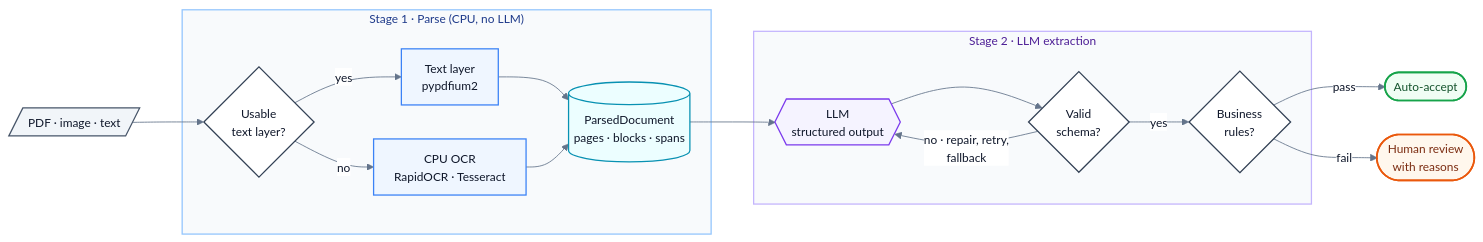
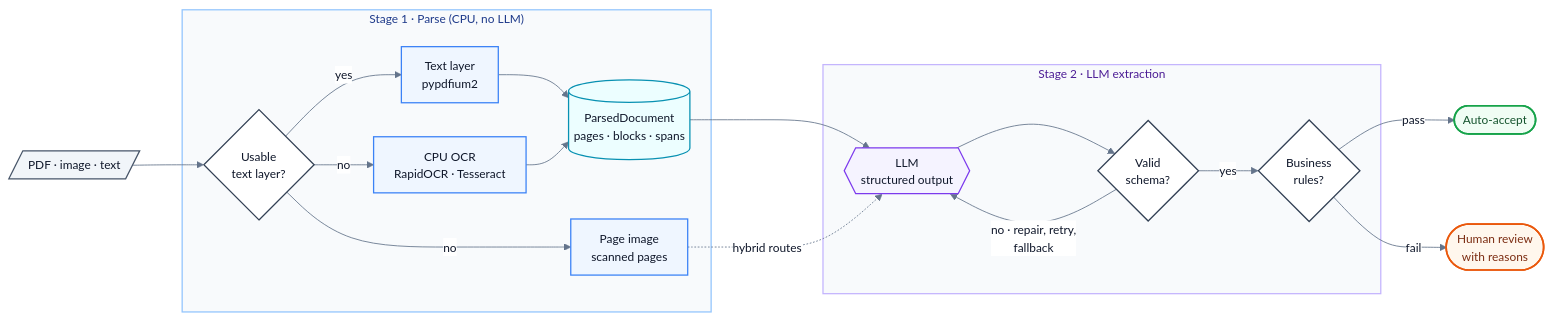
The diagram in README.md (gcfialho/docfunnel), drawn with Mermaid before and after one commit. The commit also changed other lines of this file and 7 other files, not shown here.

````diff
--- a/README.md
+++ b/README.md
@@ -93,63 +110,66 @@
 ```mermaid
 ---
 config:
   theme: base
   themeVariables:
     fontSize: 14px
     primaryColor: "#ffffff"
     primaryBorderColor: "#94a3b8"
     primaryTextColor: "#0f172a"
     lineColor: "#64748b"
     clusterBkg: "#f8fafc"
     clusterBorder: "#cbd5e1"
     titleColor: "#0f172a"
     edgeLabelBackground: "#ffffff"
   flowchart:
     curve: basis
     nodeSpacing: 40
     rankSpacing: 50
     padding: 12
 ---
 flowchart LR
     IN[/"PDF · image · text"/]
 
     subgraph S1["Stage 1 · Parse (CPU, no LLM)"]
         ROUTE{"Usable<br/>text layer?"}
         TEXT["Text layer<br/>pypdfium2"]
         OCR["CPU OCR<br/>RapidOCR · Tesseract"]
         DOC[("ParsedDocument<br/>pages · blocks · spans")]
+        IMG["Page image<br/>scanned pages"]
         ROUTE -->|yes| TEXT --> DOC
         ROUTE -->|no| OCR --> DOC
+        ROUTE -->|no| IMG
     end
 
     subgraph S2["Stage 2 · LLM extraction"]
         LLM{{"LLM<br/>structured output"}}
         SCHEMA{"Valid<br/>schema?"}
         RULES{"Business<br/>rules?"}
         LLM --> SCHEMA
         SCHEMA -->|"no · repair, retry,<br/>fallback"| LLM
         SCHEMA -->|yes| RULES
     end
 
     IN --> ROUTE
     DOC --> LLM
+    IMG -.->|"hybrid routes"| LLM
     RULES -->|pass| ACCEPT(["Auto-accept"])
     RULES -->|fail| REVIEW(["Human review<br/>with reasons"])
 
     classDef io fill:#f1f5f9,stroke:#475569,stroke-width:1.5px,color:#0f172a
     classDef parse fill:#eff6ff,stroke:#3b82f6,stroke-width:1.5px,color:#0f172a
     classDef llm fill:#f5f3ff,stroke:#7c3aed,stroke-width:1.5px,color:#0f172a
     classDef decision fill:#ffffff,stroke:#334155,stroke-width:1.5px,color:#0f172a
     classDef data fill:#ecfeff,stroke:#0891b2,stroke-width:1.5px,color:#0f172a
     classDef ok fill:#f0fdf4,stroke:#16a34a,stroke-width:2px,color:#14532d
     classDef warn fill:#fff7ed,stroke:#ea580c,stroke-width:2px,color:#7c2d12
     style S1 fill:#f8fafc,stroke:#93c5fd,stroke-width:1.5px,color:#1e3a8a
     style S2 fill:#f8fafc,stroke:#c4b5fd,stroke-width:1.5px,color:#4c1d95
     class IN io
-    class TEXT,OCR parse
+    class TEXT,OCR,IMG parse
     class LLM llm
     class ROUTE,SCHEMA,RULES decision
     class DOC data
     class ACCEPT ok
     class REVIEW warn
 ```
````
